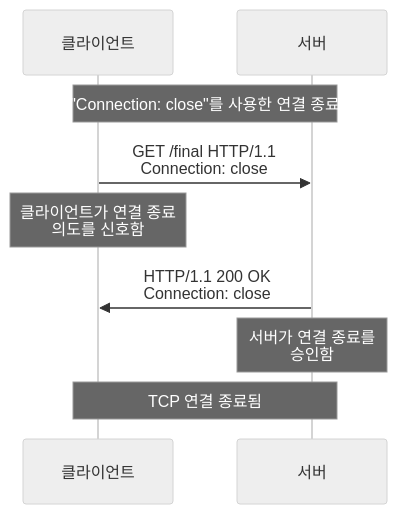
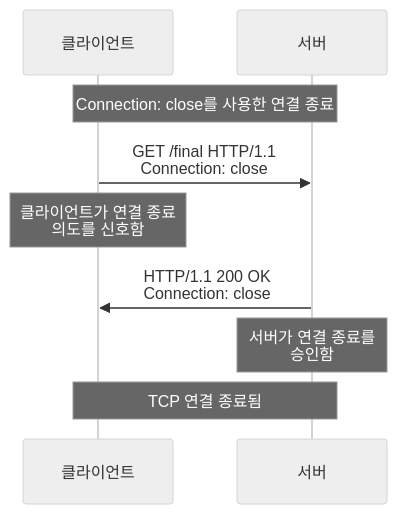
One commit to shchooii/shchooii.github.io changed the second of 3 diagrams in _posts/2025-03-11-network-http-hol.md. Above: the diagram before and after it, drawn with Mermaid (neutral theme).

````diff
--- a/_posts/2025-03-11-network-http-hol.md
+++ b/_posts/2025-03-11-network-http-hol.md
@@ -100,12 +100,12 @@
 ```mermaid
 sequenceDiagram
   participant 클라이언트
   participant 서버
   
-  Note over 클라이언트, 서버: "Connection: close"를 사용한 연결 종료
+  Note over 클라이언트, 서버: Connection: close를 사용한 연결 종료
   클라이언트->>서버: GET /final HTTP/1.1<br/>Connection: close
   Note over 클라이언트: 클라이언트가 연결 종료<br/>의도를 신호함
   서버->>클라이언트: HTTP/1.1 200 OK<br/>Connection: close
   Note over 서버: 서버가 연결 종료를<br/>승인함
   Note over 클라이언트, 서버: TCP 연결 종료됨
 ```
````
